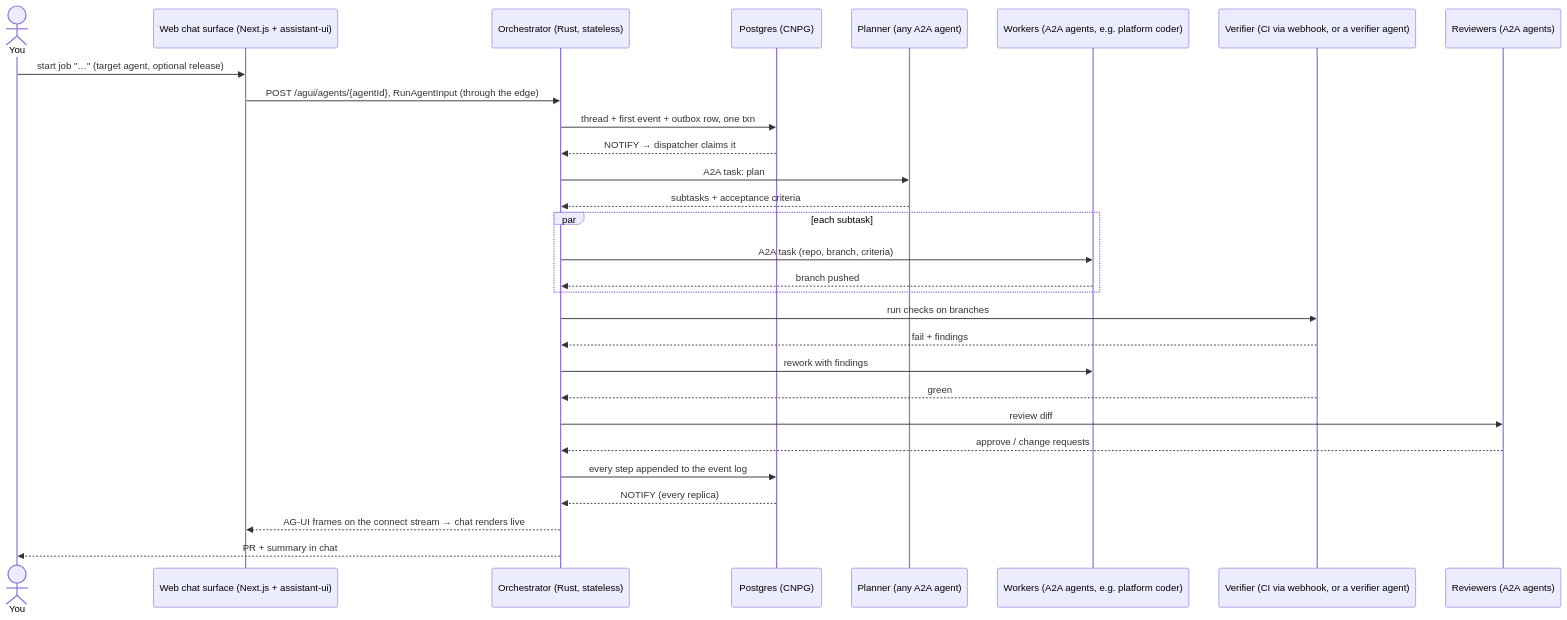
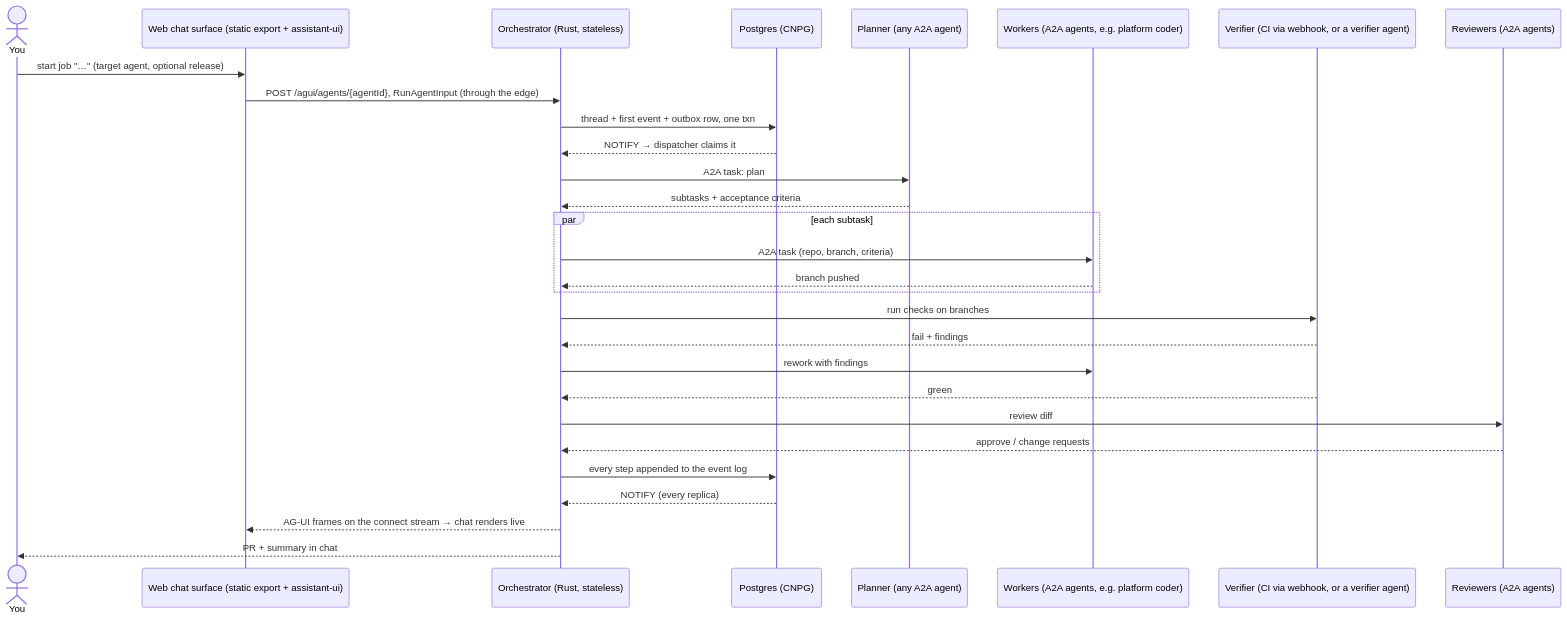
One commit to vymalo/another-agentic-system changed diagram 13 of 16 in docs/architecture.md. Above: the diagram before and after it, drawn with Mermaid. The commit also changed other lines of this file and 142 other files, not shown here.

First line of the commit message:
feat(web): a real sign-in, a static web with CORS, and a Tauri desktop app (#213)

````diff
--- a/docs/architecture.md
+++ b/docs/architecture.md
@@ -567,31 +572,31 @@
 ```mermaid
 sequenceDiagram
   actor U as You
-  participant CP as Web chat surface (Next.js + assistant-ui)
+  participant CP as Web chat surface (static export + assistant-ui)
   participant O as Orchestrator (Rust, stateless)
   participant DB as Postgres (CNPG)
   participant P as Planner (any A2A agent)
   participant W as Workers (A2A agents, e.g. platform coder)
   participant V as Verifier (CI via webhook, or a verifier agent)
   participant R as Reviewers (A2A agents)
   U->>CP: start job "…" (target agent, optional release)
   CP->>O: POST /agui/agents/{agentId}, RunAgentInput (through the edge)
   O->>DB: thread + first event + outbox row, one txn
   DB-->>O: NOTIFY → dispatcher claims it
   O->>P: A2A task: plan
   P-->>O: subtasks + acceptance criteria
   par each subtask
     O->>W: A2A task (repo, branch, criteria)
     W-->>O: branch pushed
   end
   O->>V: run checks on branches
   V-->>O: fail + findings
   O->>W: rework with findings
   V-->>O: green
   O->>R: review diff
   R-->>O: approve / change requests
   O->>DB: every step appended to the event log
   DB-->>O: NOTIFY (every replica)
   O-->>CP: AG-UI frames on the connect stream → chat renders live
   O-->>U: PR + summary in chat
 ```
````
